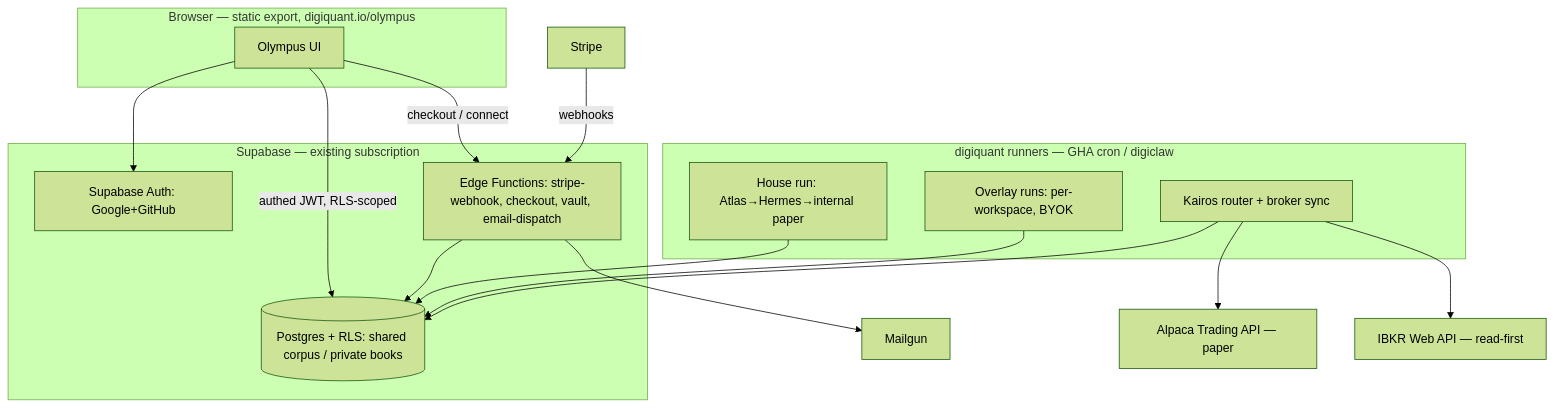
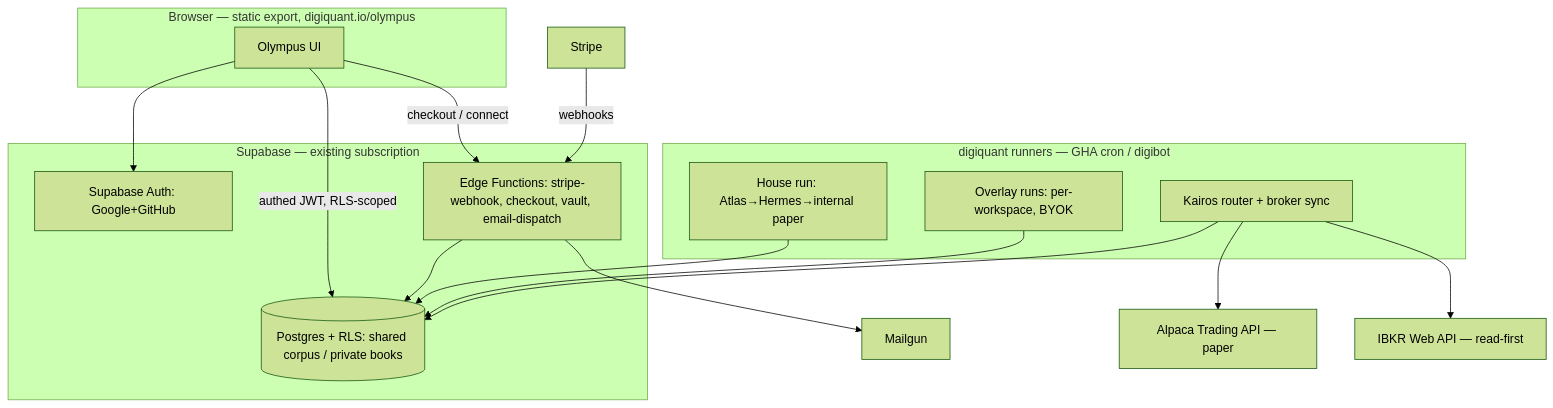
The diagram in docs/superpowers/specs/2026-08-29-kairos-tenancy-implementation-spec.md (digithings-ai/digithings), drawn with Mermaid (forest theme) before and after one commit. The commit also changed 247 other files, not shown here.

Commit message:
chore(digibot): rename digiclaw to digibot and park it; add parked-modules convention

````diff
--- a/docs/superpowers/specs/2026-08-29-kairos-tenancy-implementation-spec.md
+++ b/docs/superpowers/specs/2026-08-29-kairos-tenancy-implementation-spec.md
@@ -47,31 +47,31 @@
 ```mermaid
 flowchart TB
   subgraph client [Browser — static export, digiquant.io/olympus]
     UI[Olympus UI]
   end
   subgraph supabase [Supabase — existing subscription]
     AUTH[Supabase Auth: Google+GitHub]
     DB[(Postgres + RLS: shared corpus / private books)]
     EF[Edge Functions: stripe-webhook, checkout, vault, email-dispatch]
   end
-  subgraph runners [digiquant runners — GHA cron / digiclaw]
+  subgraph runners [digiquant runners — GHA cron / digibot]
     HOUSE[House run: Atlas→Hermes→internal paper]
     OVERLAY[Overlay runs: per-workspace, BYOK]
     KAIROS[Kairos router + broker sync]
   end
   STRIPE[Stripe]
   MG[Mailgun]
   ALPACA[Alpaca Trading API — paper]
   IBKR[IBKR Web API — read-first]
 
   UI -->|authed JWT, RLS-scoped| DB
   UI --> AUTH
   UI -->|checkout / connect| EF
   STRIPE -->|webhooks| EF --> DB
   HOUSE --> DB
   OVERLAY --> DB
   KAIROS --> ALPACA
   KAIROS --> IBKR
   KAIROS --> DB
   EF --> MG
 ```
````
